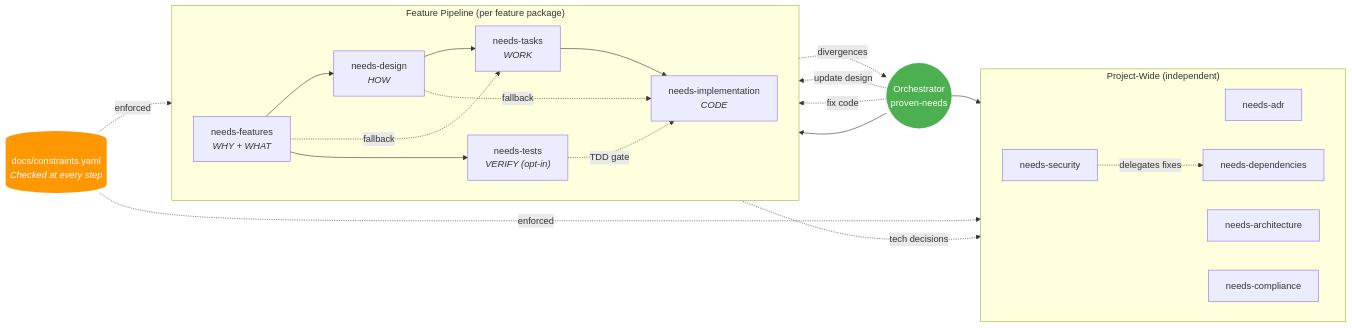
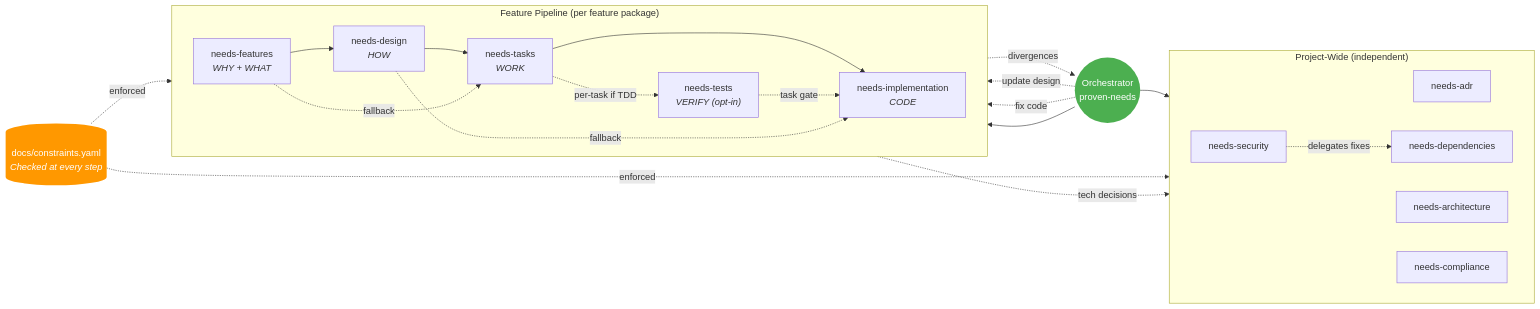
The second of 5 diagrams in README.md (provenimpact/proven-capability), drawn with Mermaid before and after one commit. The commit also changed other lines of this file and 14 other files, not shown here.

````diff
--- a/README.md
+++ b/README.md
@@ -54,43 +54,43 @@
 ```mermaid
 flowchart LR
     subgraph feature ["Feature Pipeline (per feature package)"]
         direction LR
         FEATURES["needs-features<br/><i>WHY + WHAT</i>"]
         DESIGN["needs-design<br/><i>HOW</i>"]
         TASKS["needs-tasks<br/><i>WORK</i>"]
         TESTS["needs-tests<br/><i>VERIFY (opt-in)</i>"]
         IMPL["needs-implementation<br/><i>CODE</i>"]
 
         FEATURES --> DESIGN
         DESIGN --> TASKS
         FEATURES -.->|fallback| TASKS
         TASKS --> IMPL
-        FEATURES --> TESTS
-        TESTS -.->|TDD gate| IMPL
+        TASKS -.->|per-task if TDD| TESTS
+        TESTS -.->|task gate| IMPL
         DESIGN -.->|fallback| IMPL
     end
 
     subgraph project ["Project-Wide (independent)"]
         direction LR
         ADR["needs-adr"]
         ARCH["needs-architecture"]
         DEPS["needs-dependencies"]
         SEC["needs-security"]
         COMP["needs-compliance"]
     end
 
     INTENT((Orchestrator<br/>proven-needs)) --> feature
     INTENT --> project
 
     DESIGN -.->|tech decisions| ADR
     SEC -.->|delegates fixes| DEPS
     IMPL -.->|divergences| INTENT
     INTENT -.->|update design| DESIGN
     INTENT -.->|fix code| IMPL
 
     CONSTRAINTS[("docs/constraints.yaml<br/><i>Checked at every step</i>")] -.->|enforced| feature
     CONSTRAINTS -.->|enforced| project
 
     style INTENT fill:#4CAF50,color:#fff,stroke:none
     style CONSTRAINTS fill:#FF9800,color:#fff,stroke:none
 ```
````
